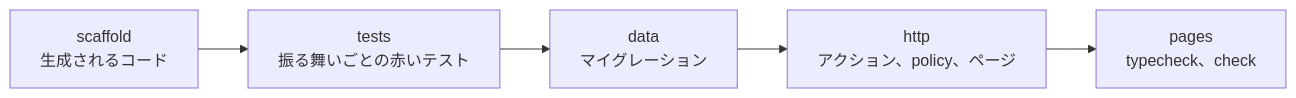
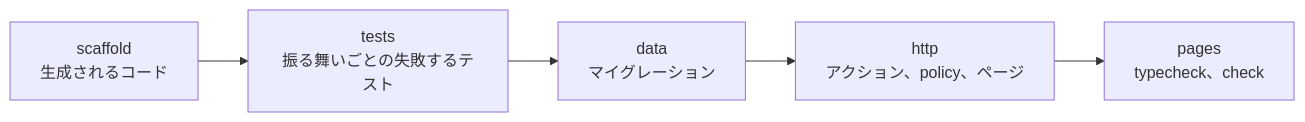
One commit to gurenjs/guren changed the first of 2 diagrams in docs/ja/agent-course/04-one-step-at-a-time.md. Above: the diagram before and after it, drawn with Mermaid. The commit also changed other lines of this file and 80 other files, not shown here.

````diff
--- a/docs/ja/agent-course/04-one-step-at-a-time.md
+++ b/docs/ja/agent-course/04-one-step-at-a-time.md
@@ -15,4 +15,4 @@
 ```mermaid
 flowchart LR
-  S["scaffold<br/>生成されるコード"] --> T["tests<br/>振る舞いごとの赤いテスト"] --> D["data<br/>マイグレーション"] --> H["http<br/>アクション、policy、ページ"] --> P["pages<br/>typecheck、check"]
+  S["scaffold<br/>生成されるコード"] --> T["tests<br/>振る舞いごとの失敗するテスト"] --> D["data<br/>マイグレーション"] --> H["http<br/>アクション、policy、ページ"] --> P["pages<br/>typecheck、check"]
 ```
````
